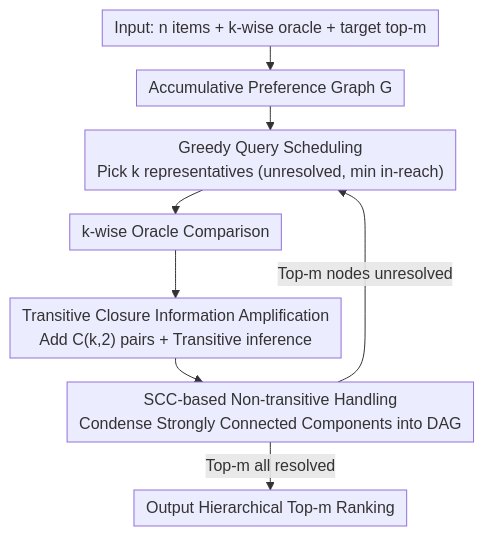
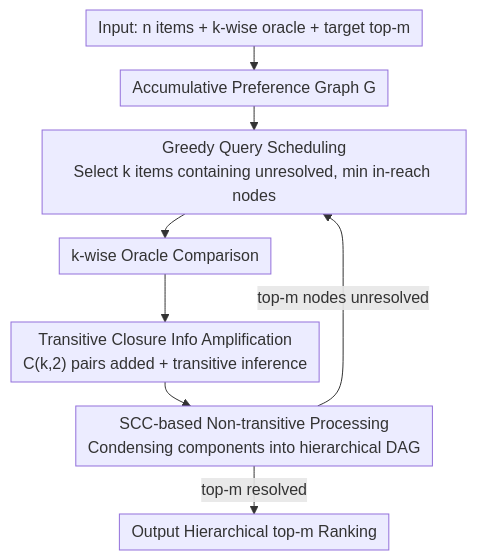
The diagram in docs/ICML2026/information_retrieval/blitzrank_principled_zero-shot_ranking_agents_with_tournament_graphs.md (zhaoyang97/Paper-Notes-en), drawn with Mermaid before and after one commit. The commit also changed other lines of this file and 5084 other files, not shown here.

````diff
--- a/docs/ICML2026/information_retrieval/blitzrank_principled_zero-shot_ranking_agents_with_tournament_graphs.md
+++ b/docs/ICML2026/information_retrieval/blitzrank_principled_zero-shot_ranking_agents_with_tournament_graphs.md
@@ -42,11 +42,11 @@
 ```mermaid
 %%{init: {'flowchart': {'rankSpacing': 24, 'nodeSpacing': 28, 'padding': 6, 'wrappingWidth': 400}}}%%
 flowchart TD
     A["Input: n items + k-wise oracle + target top-m"] --> B["Accumulative Preference Graph G"]
-    B --> C["Greedy Query Scheduling<br/>Pick k representatives (unresolved, min in-reach)"]
+    B --> C["Greedy Query Scheduling<br/>Select k items containing unresolved, min in-reach nodes"]
     C --> D["k-wise Oracle Comparison"]
-    D --> E["Transitive Closure Information Amplification<br/>Add C(k,2) pairs + Transitive inference"]
-    E --> F["SCC-based Non-transitive Handling<br/>Condense Strongly Connected Components into DAG"]
-    F -->|Top-m nodes unresolved| C
-    F -->|Top-m all resolved| G["Output Hierarchical Top-m Ranking"]
+    D --> E["Transitive Closure Info Amplification<br/>C(k,2) pairs added + transitive inference"]
+    E --> F["SCC-based Non-transitive Processing<br/>Condensing components into hierarchical DAG"]
+    F -->|top-m nodes unresolved| C
+    F -->|top-m resolved| G["Output Hierarchical top-m Ranking"]
 ```
````
